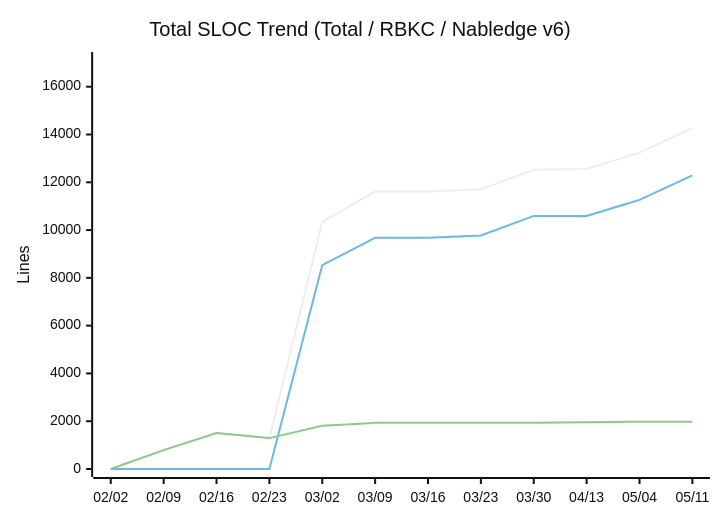
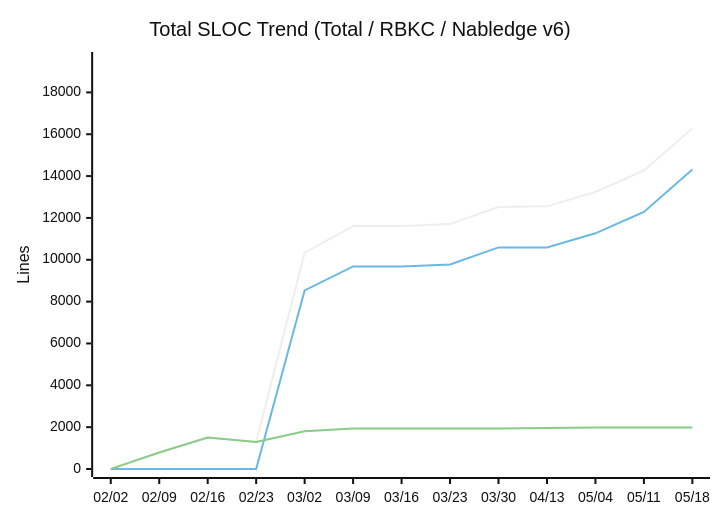
Before and after one commit to nablarch/nabledge-dev: the eighth of 14 diagrams in docs/metrics.md, drawn with Mermaid (neutral theme). The commit also changed other lines of this file and 2 other files, not shown here.

````diff
--- a/docs/metrics.md
+++ b/docs/metrics.md
@@ -121,9 +121,9 @@
 ```mermaid
 xychart-beta
   title "Total SLOC Trend (Total / RBKC / Nabledge v6)"
-  x-axis ["02/02", "02/09", "02/16", "02/23", "03/02", "03/09", "03/16", "03/23", "03/30", "04/13", "05/04", "05/11"]
-  y-axis "Lines" 0 --> 17118
-  line [0, 789, 1503, 1293, 10339, 11613, 11613, 11704, 12523, 12553, 13242, 14265]
-  line [0, 0, 0, 0, 8533, 9682, 9682, 9773, 10592, 10592, 11264, 12287]
-  line [0, 789, 1503, 1293, 1806, 1931, 1931, 1931, 1931, 1961, 1978, 1978]
+  x-axis ["02/02", "02/09", "02/16", "02/23", "03/02", "03/09", "03/16", "03/23", "03/30", "04/13", "05/04", "05/11", "05/18"]
+  y-axis "Lines" 0 --> 19548
+  line [0, 789, 1503, 1293, 10339, 11613, 11613, 11704, 12523, 12553, 13242, 14265, 16290]
+  line [0, 0, 0, 0, 8533, 9682, 9682, 9773, 10592, 10592, 11264, 12287, 14312]
+  line [0, 789, 1503, 1293, 1806, 1931, 1931, 1931, 1931, 1961, 1978, 1978, 1978]
 ```
````
